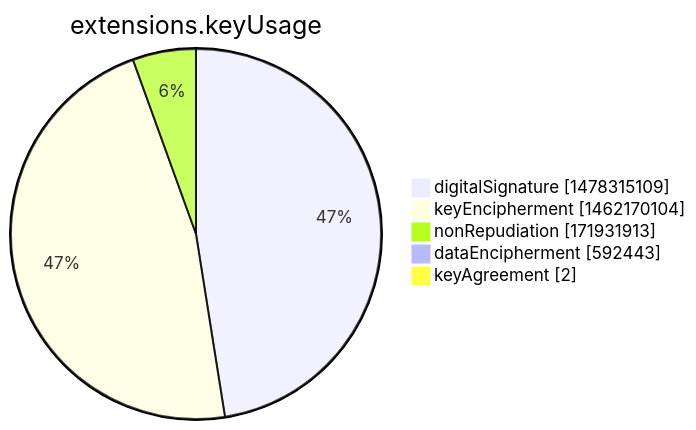
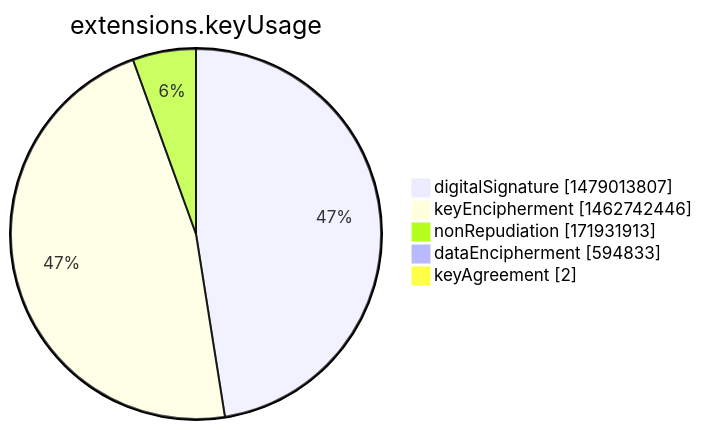
The seventh of 15 diagrams in argon2022/README.md (christiankrug/ctmonitor_visualization), drawn with Mermaid before and after one commit. The commit also changed other lines of this file, not shown here.

````diff
--- a/argon2022/README.md
+++ b/argon2022/README.md
@@ -2751,9 +2751,9 @@
 ```mermaid
 pie showData
 title extensions.keyUsage
-"digitalSignature" :1478315109
-"keyEncipherment" :1462170104
+"digitalSignature" :1479013807
+"keyEncipherment" :1462742446
 "nonRepudiation" :171931913
-"dataEncipherment" :592443
+"dataEncipherment" :594833
 "keyAgreement" :2
 ```
````
